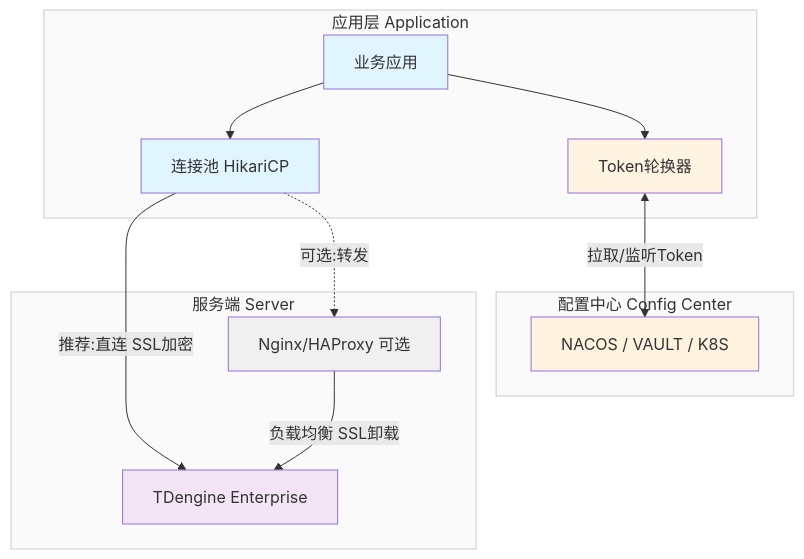
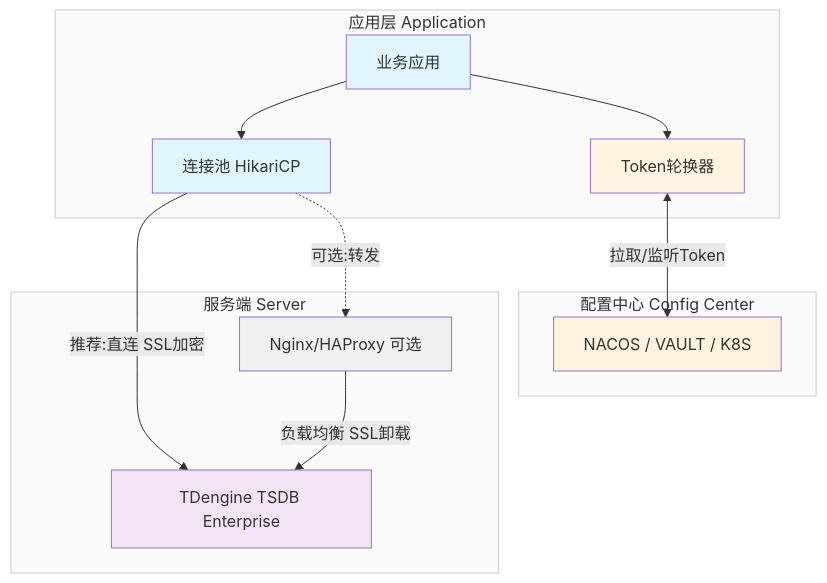
One commit to taosdata/TDengine changed the first of 2 diagrams in docs/zh/11-security-guide/04-connector-security.md. Above: the diagram before and after it, drawn with Mermaid. The commit also changed other lines of this file and 247 other files, not shown here.

````diff
--- a/docs/zh/11-security-guide/04-connector-security.md
+++ b/docs/zh/11-security-guide/04-connector-security.md
@@ -50,34 +49,34 @@
 ```mermaid
 graph TB
     subgraph APP_LAYER["应用层 Application"]
         APP[业务应用]
         POOL[连接池 HikariCP]
         ROTATE[Token轮换器]
     end
 
     subgraph CONFIG["配置中心 Config Center"]
         NACOS[NACOS / VAULT / K8S]
     end
 
     subgraph SERVER["服务端 Server"]
-        TD[TDengine Enterprise]
+        TD[TDengine TSDB Enterprise]
         NGINX[Nginx/HAProxy 可选]
     end
 
     APP --> POOL
     APP --> ROTATE
     ROTATE <-->|拉取/监听Token| NACOS
     POOL -->|推荐:直连 SSL加密| TD
     POOL -.->|可选:转发| NGINX
     NGINX -->|负载均衡 SSL卸载| TD
 
     style APP fill:#e1f5ff
     style POOL fill:#e1f5ff
     style ROTATE fill:#fff4e1
     style NACOS fill:#fff3e0
     style TD fill:#f3e5f5
     style NGINX fill:#f0f0f0
     style APP_LAYER fill:#fafafa,stroke:#cccccc
     style CONFIG fill:#fafafa,stroke:#cccccc
     style SERVER fill:#fafafa,stroke:#cccccc
 ```
````
